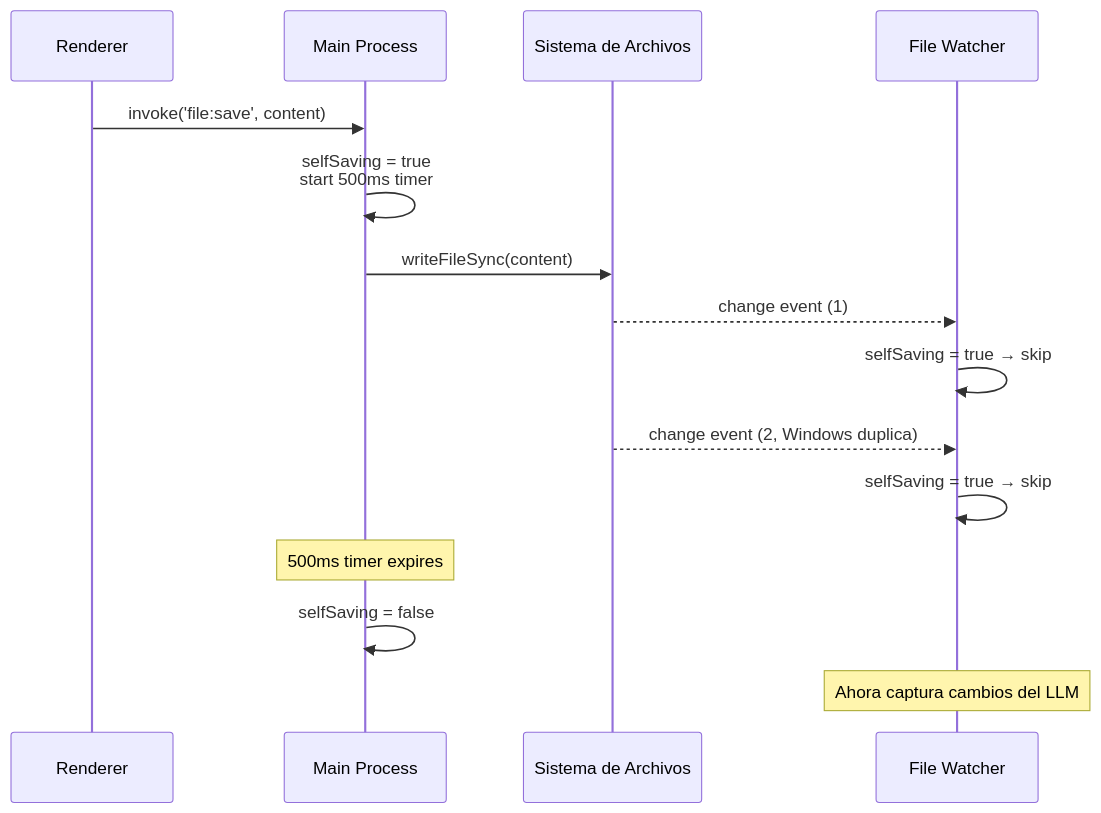
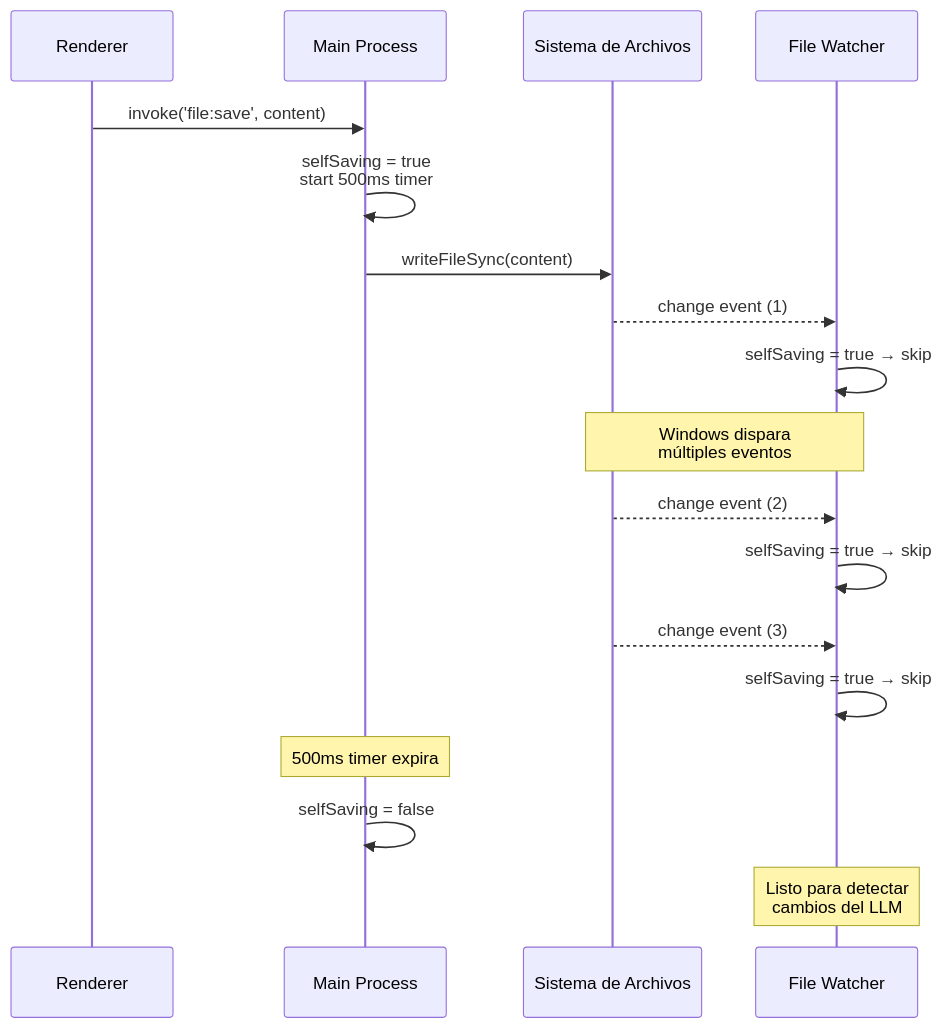
One commit to BrunoEdPerezS/vizflow changed the fifth of 7 diagrams in README.md. Above: the diagram before and after it, drawn with Mermaid. The commit also changed other lines of this file, not shown here.

Commit message:
Version para repo de github

````diff
--- a/README.md
+++ b/README.md
@@ -95,18 +165,21 @@
 ```mermaid
 sequenceDiagram
     participant R as Renderer
     participant MP as Main Process
     participant FS as Sistema de Archivos
     participant FW as File Watcher
 
     R->>MP: invoke('file:save', content)
     MP->>MP: selfSaving = true<br/>start 500ms timer
     MP->>FS: writeFileSync(content)
     FS-->>FW: change event (1)
     FW->>FW: selfSaving = true → skip
-    FS-->>FW: change event (2, Windows duplica)
+    Note over FS,FW: Windows dispara<br/>múltiples eventos
+    FS-->>FW: change event (2)
     FW->>FW: selfSaving = true → skip
-    Note over MP: 500ms timer expires
+    FS-->>FW: change event (3)
+    FW->>FW: selfSaving = true → skip
+    Note over MP: 500ms timer expira
     MP->>MP: selfSaving = false
-    Note over FW: Ahora captura cambios del LLM
+    Note over FW: Listo para detectar<br/>cambios del LLM
 ```
````
